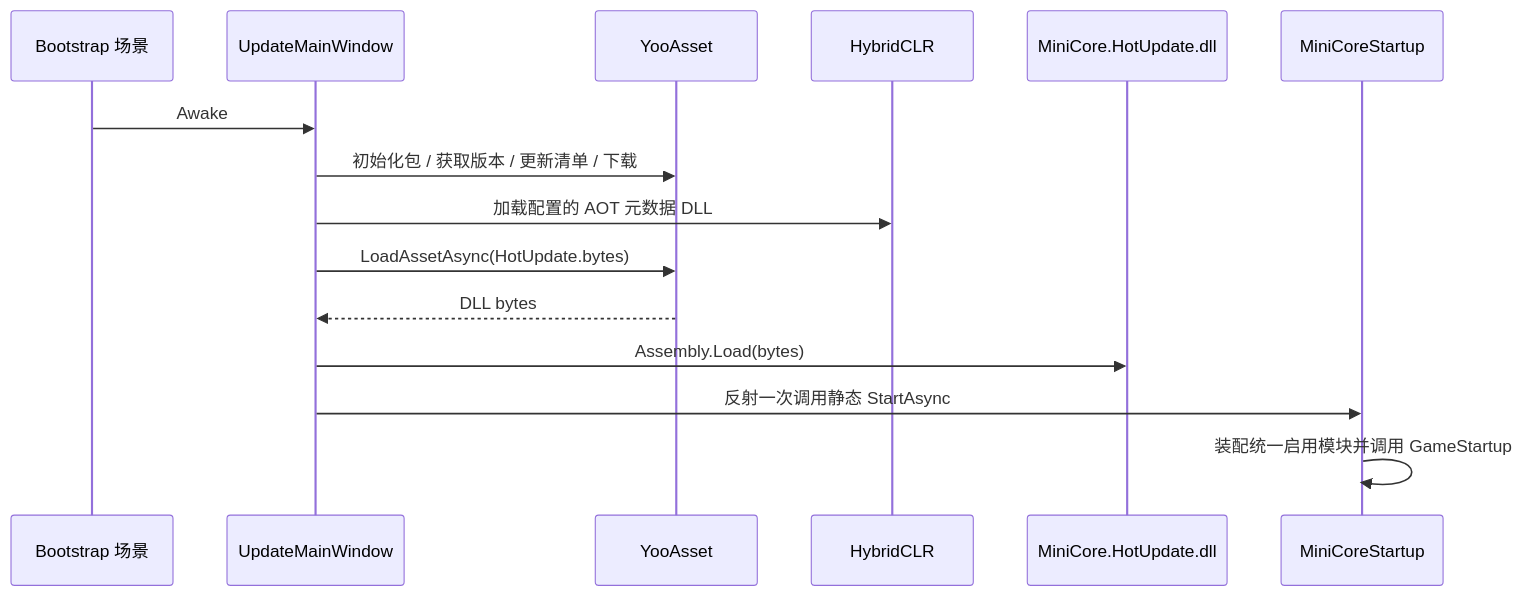
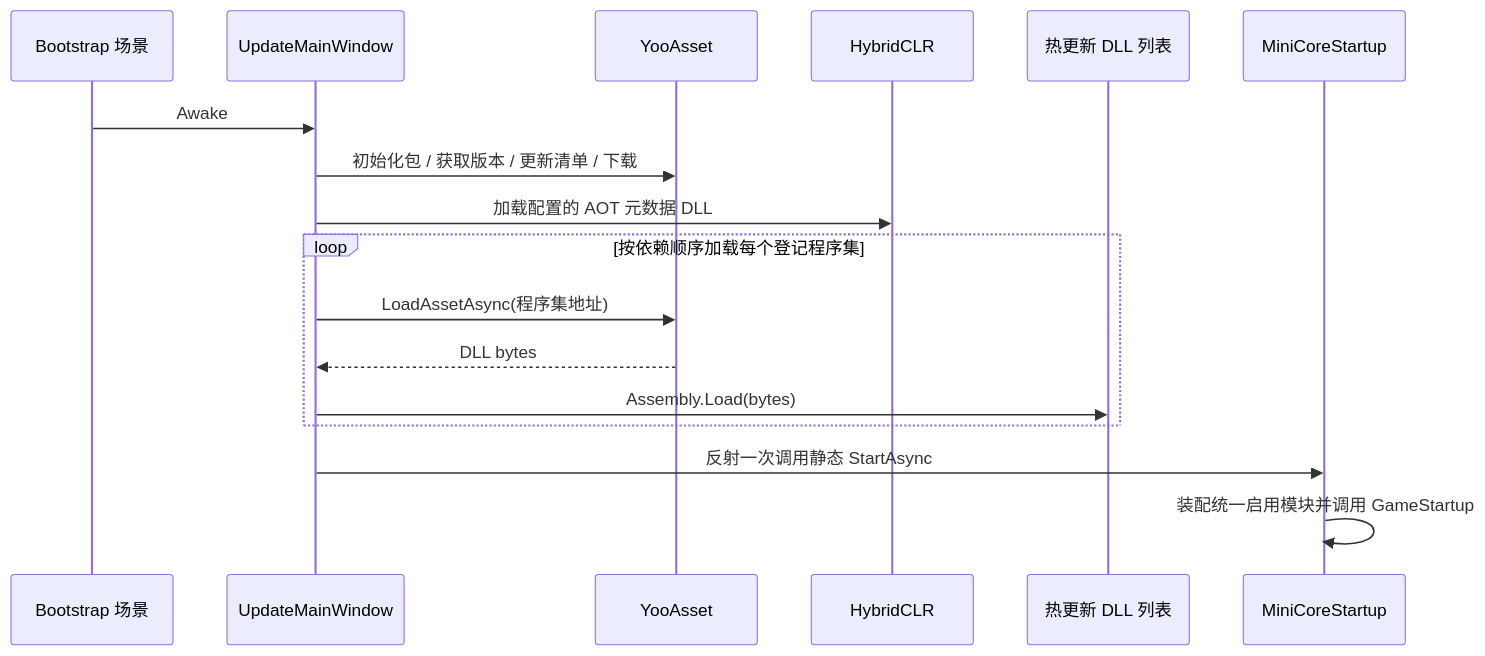
Before and after one commit to ForGetMyGirl/MiniCore: the second of 2 diagrams in Docs/Architecture.md, drawn with Mermaid. The commit also changed other lines of this file and 1131 other files, not shown here.

````diff
--- a/Docs/Architecture.md
+++ b/Docs/Architecture.md
@@ -140,18 +150,20 @@
 ```mermaid
 sequenceDiagram
     participant Scene as Bootstrap 场景
     participant Boot as UpdateMainWindow
     participant Yoo as YooAsset
     participant HCLR as HybridCLR
-    participant DLL as MiniCore.HotUpdate.dll
+    participant DLL as 热更新 DLL 列表
     participant Startup as MiniCoreStartup
 
     Scene->>Boot: Awake
     Boot->>Yoo: 初始化包 / 获取版本 / 更新清单 / 下载
     Boot->>HCLR: 加载配置的 AOT 元数据 DLL
-    Boot->>Yoo: LoadAssetAsync(HotUpdate.bytes)
-    Yoo-->>Boot: DLL bytes
-    Boot->>DLL: Assembly.Load(bytes)
+    loop 按依赖顺序加载每个登记程序集
+        Boot->>Yoo: LoadAssetAsync(程序集地址)
+        Yoo-->>Boot: DLL bytes
+        Boot->>DLL: Assembly.Load(bytes)
+    end
     Boot->>Startup: 反射一次调用静态 StartAsync
     Startup->>Startup: 装配统一启用模块并调用 GameStartup
 ```
````
